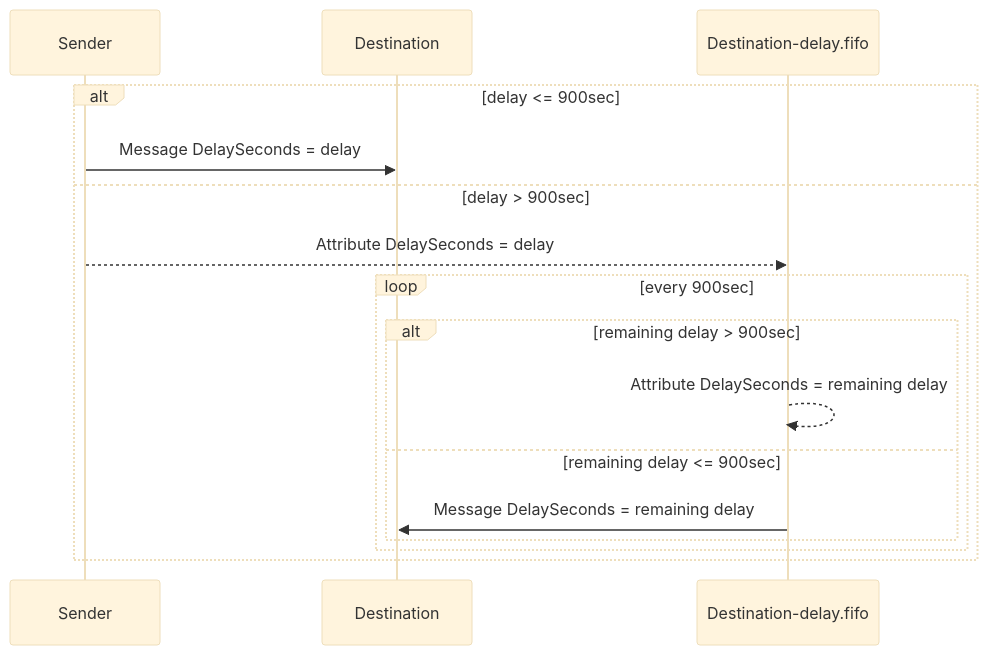
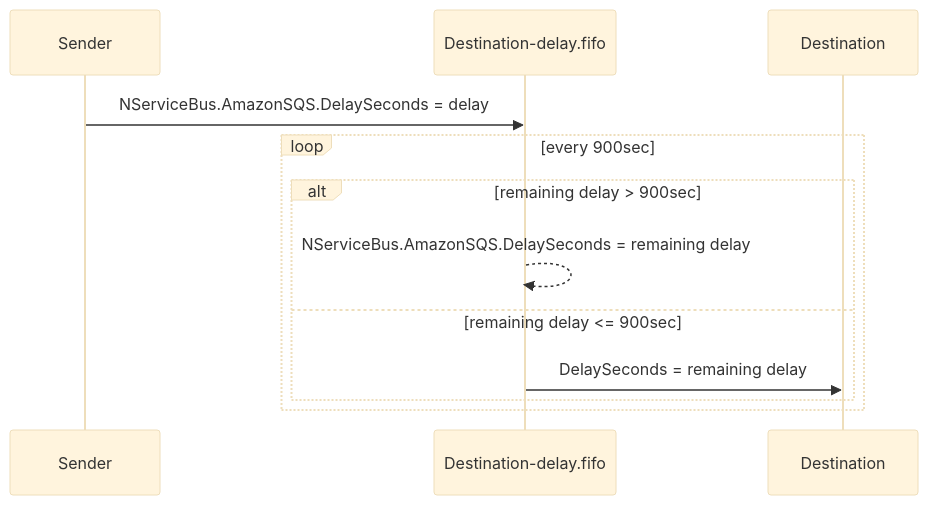
One commit to Particular/docs.particular.net changed the first of 4 diagrams in transports/sqs/delayed-delivery.md. Above: the diagram before and after it, drawn with Mermaid (base theme). The commit also changed other lines of this file, not shown here.

Commit message:
Rearrange how-it-works section

````diff
--- a/transports/sqs/delayed-delivery.md
+++ b/transports/sqs/delayed-delivery.md
@@ -54,18 +56,15 @@
 ```mermaid
 sequenceDiagram
     participant S as Sender
+    participant F as Destination-delay.fifo
     participant D as Destination
-    participant F as Destination-delay.fifo
-    alt delay <= 900sec
-        S ->> D: Message DelaySeconds = delay
-    else delay > 900sec
-        S -->> F:  Attribute DelaySeconds = delay
-        loop every 900sec
-           alt remaining delay > 900sec
-               F -->> F:  Attribute DelaySeconds = remaining delay
-           else remaining delay <= 900sec
-              F ->> D: Message DelaySeconds = remaining delay
-           end
+    
+    S ->> F:  NServiceBus.AmazonSQS.DelaySeconds = delay
+    loop every 900sec
+        alt remaining delay > 900sec
+            F -->> F:  NServiceBus.AmazonSQS.DelaySeconds = remaining delay
+        else remaining delay <= 900sec
+            F ->> D: DelaySeconds = remaining delay
         end
-end
+    end
 ```
````
